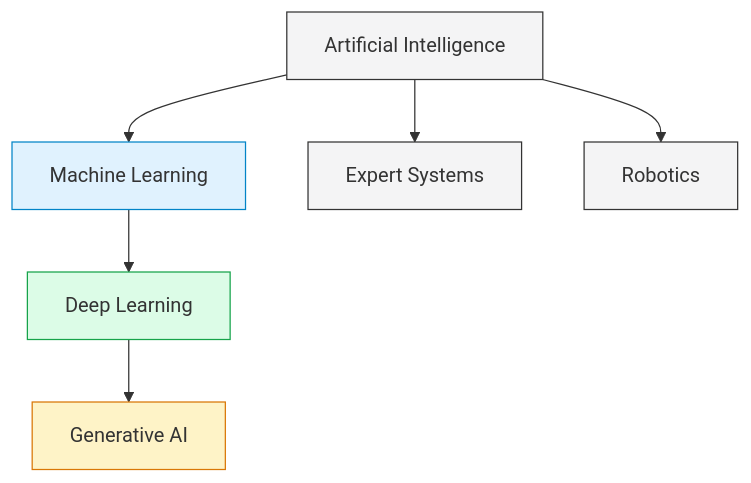
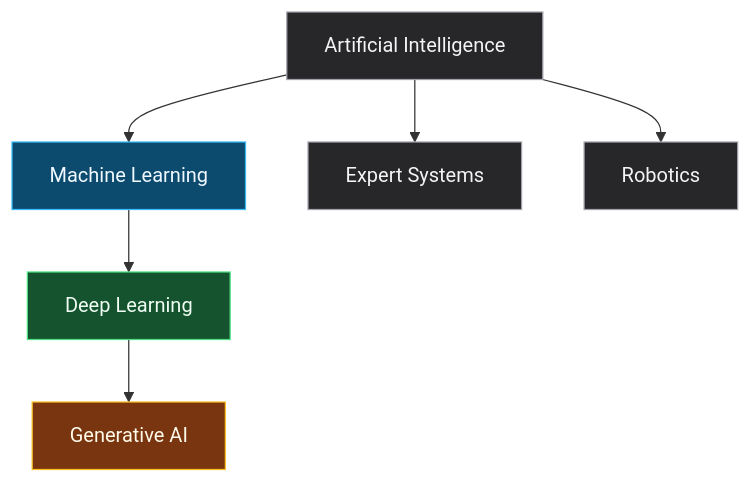
One commit to dulithdivisekara/SLIIT-Y2S1-vault changed the diagram in AI-ML/Lec 01 - Introduction to Artificial Intelligence and Machine Learning (Simplified).md. Above: the diagram before and after it, drawn with Mermaid.

Commit message:
Revise class style definitions in AI-ML lecture notes
Updated color definitions for class styles in the diagram.

`````diff
--- a/AI-ML/Lec 01 - Introduction to Artificial Intelligence and Machine Learning (Simplified).md
+++ b/AI-ML/Lec 01 - Introduction to Artificial Intelligence and Machine Learning (Simplified).md
@@ -24,15 +24,15 @@
 ```mermaid
 graph TD
     A[Artificial Intelligence]:::gray
     A --> B[Machine Learning]:::blue
     A --> C[Expert Systems]:::gray
     A --> D[Robotics]:::gray
     
     B --> E[Deep Learning]:::green
     E --> F[Generative AI]:::yellow
 
-    classDef gray fill:#f4f4f5,stroke:#333;
-    classDef blue fill:#e0f2fe,stroke:#0284c7;
-    classDef green fill:#dcfce7,stroke:#16a34a;
-    classDef yellow fill:#fef3c7,stroke:#d97706;
+    classDef gray fill:#27272a,stroke:#a1a1aa,color:#f4f4f5;
+    classDef blue fill:#0c4a6e,stroke:#38bdf8,color:#f0f9ff;
+    classDef green fill:#14532d,stroke:#4ade80,color:#f0fdf4;
+    classDef yellow fill:#78350f,stroke:#fbbf24,color:#fffbeb;
 ````
`````
